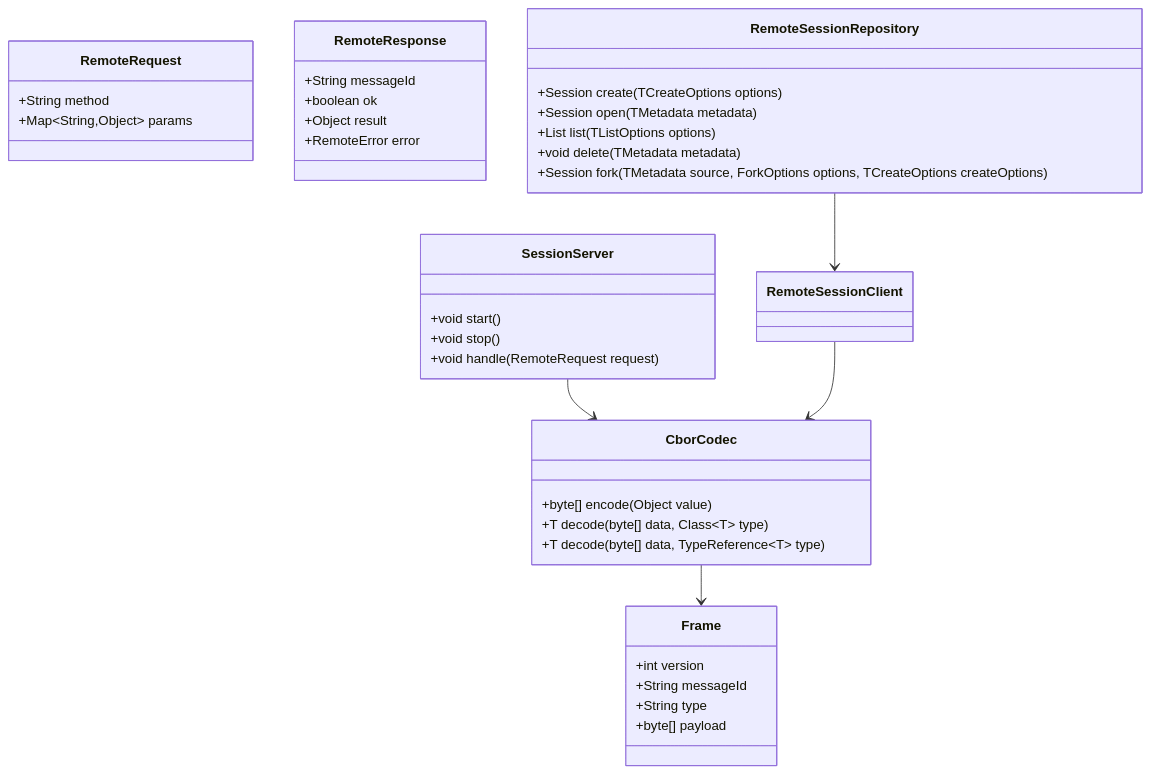
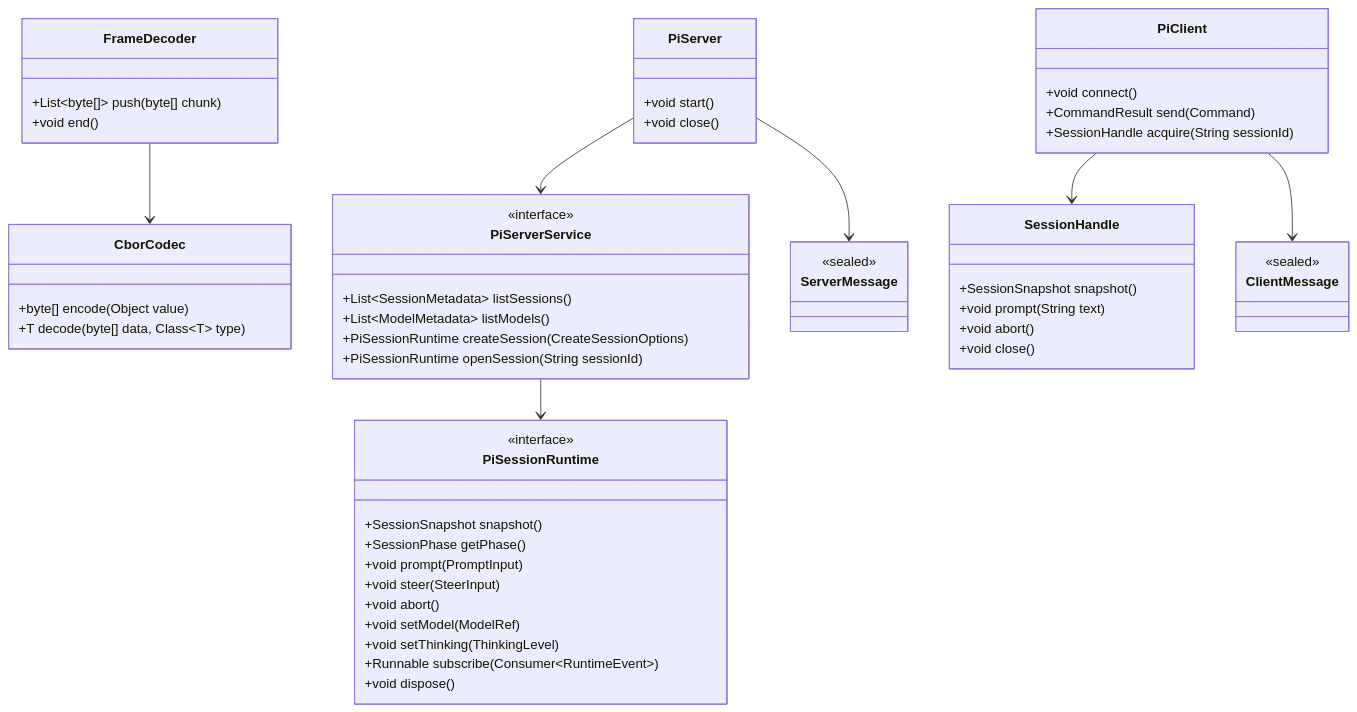
Before and after one commit to liangxingguang/pi-java: the sixth of 11 diagrams in docs/11-phase6-ecosystem-design.md, drawn with Mermaid. The commit also changed other lines of this file and 1 other file, not shown here.

Commit message:
fix build error

````diff
--- a/docs/11-phase6-ecosystem-design.md
+++ b/docs/11-phase6-ecosystem-design.md
@@ -545,40 +1171,57 @@
 ```mermaid
 classDiagram
+    class FrameDecoder {
+        +List~byte[]~ push(byte[] chunk)
+        +void end()
+    }
     class CborCodec {
         +byte[] encode(Object value)
         +T decode(byte[] data, Class~T~ type)
-        +T decode(byte[] data, TypeReference~T~ type)
     }
-    class Frame {
-        +int version
-        +String messageId
-        +String type
-        +byte[] payload
+    class ClientMessage {
+        <<sealed>>
     }
-    class RemoteRequest {
-        +String method
-        +Map~String,Object~ params
+    class ServerMessage {
+        <<sealed>>
     }
-    class RemoteResponse {
-        +String messageId
-        +boolean ok
-        +Object result
-        +RemoteError error
+    class PiServerService {
+        <<interface>>
+        +List~SessionMetadata~ listSessions()
+        +List~ModelMetadata~ listModels()
+        +PiSessionRuntime createSession(CreateSessionOptions)
+        +PiSessionRuntime openSession(String sessionId)
     }
-    class SessionServer {
+    class PiSessionRuntime {
+        <<interface>>
+        +SessionSnapshot snapshot()
+        +SessionPhase getPhase()
+        +void prompt(PromptInput)
+        +void steer(SteerInput)
+        +void abort()
+        +void setModel(ModelRef)
+        +void setThinking(ThinkingLevel)
+        +Runnable subscribe(Consumer~RuntimeEvent~)
+        +void dispose()
+    }
+    class PiServer {
         +void start()
-        +void stop()
-        +void handle(RemoteRequest request)
+        +void close()
     }
-    class RemoteSessionRepository {
-        +Session create(TCreateOptions options)
-        +Session open(TMetadata metadata)
-        +List list(TListOptions options)
-        +void delete(TMetadata metadata)
-        +Session fork(TMetadata source, ForkOptions options, TCreateOptions createOptions)
+    class PiClient {
+        +void connect()
+        +CommandResult send(Command)
+        +SessionHandle acquire(String sessionId)
     }
-    CborCodec --> Frame
-    SessionServer --> CborCodec
-    RemoteSessionRepository --> RemoteSessionClient
-    RemoteSessionClient --> CborCodec
+    class SessionHandle {
+        +SessionSnapshot snapshot()
+        +void prompt(String text)
+        +void abort()
+        +void close()
+    }
+    FrameDecoder --> CborCodec
+    PiServer --> PiServerService
+    PiServerService --> PiSessionRuntime
+    PiClient --> SessionHandle
+    PiServer --> ServerMessage
+    PiClient --> ClientMessage
 ```
````
